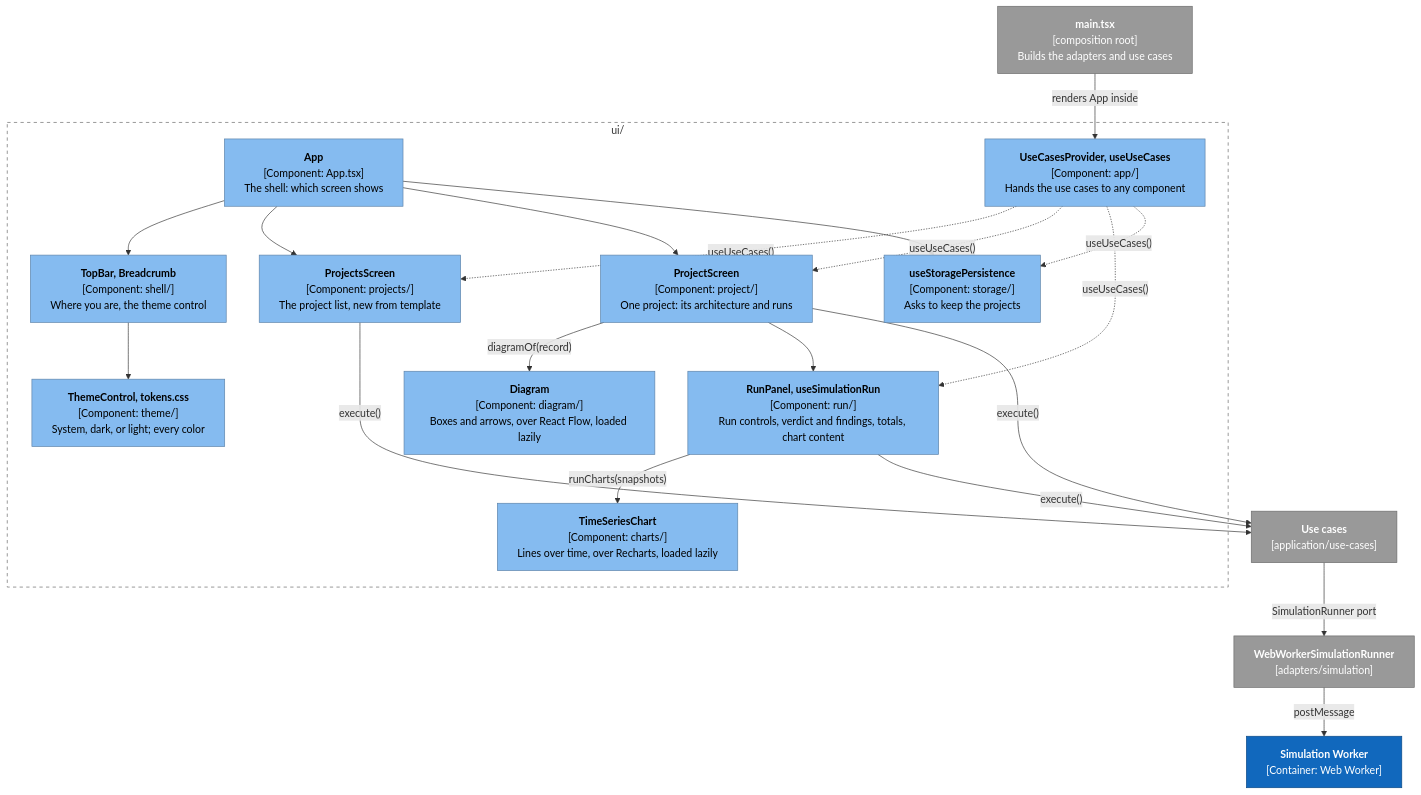
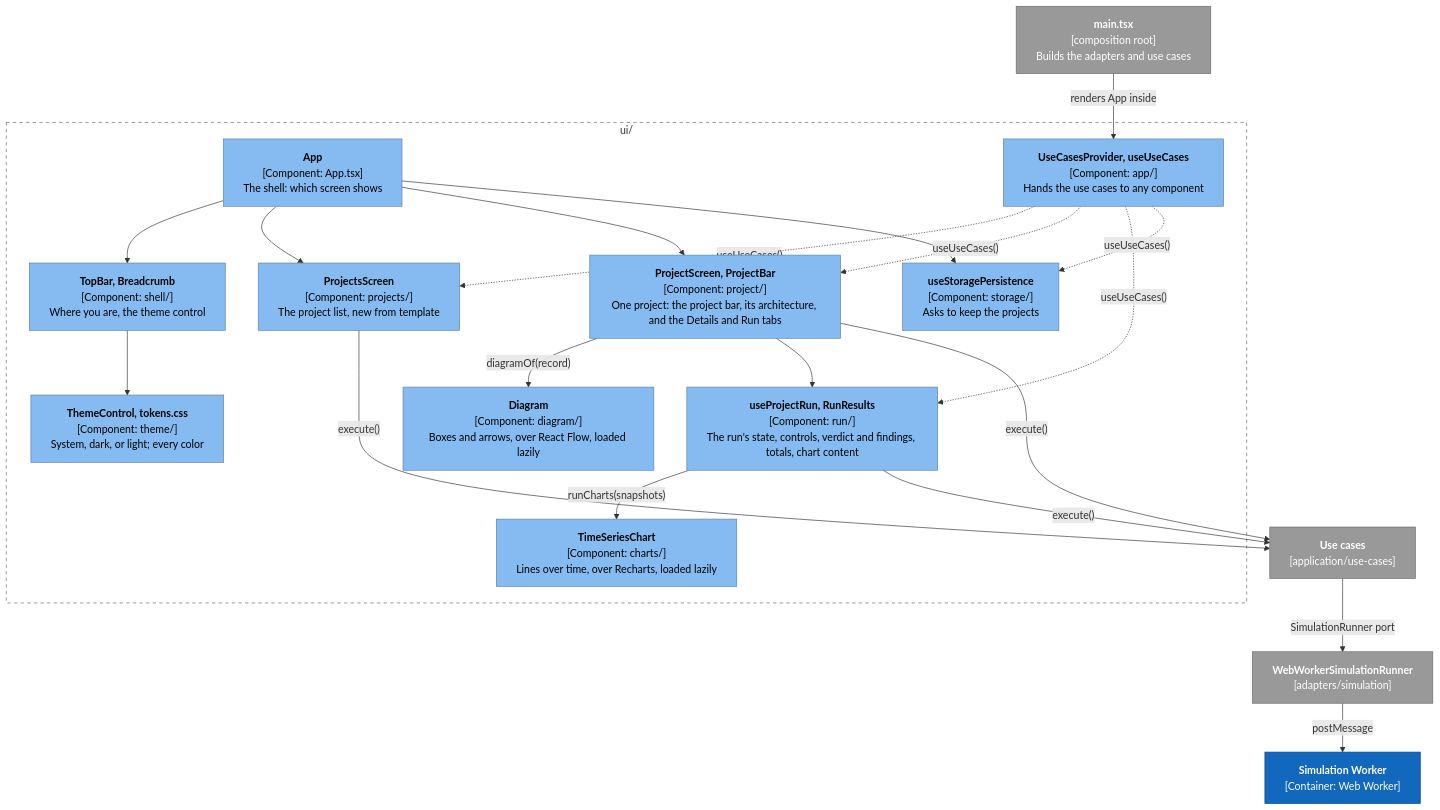
The first of 2 diagrams in docs/architecture/user-interface.md (alanbickel/wind-tunnel), drawn with Mermaid before and after one commit. The commit also changed other lines of this file and 30 other files, not shown here.

Commit message:
feat(ui): move the run controls into a project bar, with Details and Run tabs (#86)

````diff
--- a/docs/architecture/user-interface.md
+++ b/docs/architecture/user-interface.md
@@ -11,36 +11,36 @@
 ```mermaid
 %%{init: {"flowchart": {"wrappingWidth": 320}}}%%
 flowchart TB
     main["<b>main.tsx</b><br/>[composition root]<br/>Builds the adapters and use cases"]:::external
     subgraph ui["ui/"]
         app["<b>App</b><br/>[Component: App.tsx]<br/>The shell: which screen shows"]:::component
         shell["<b>TopBar, Breadcrumb</b><br/>[Component: shell/]<br/>Where you are, the theme control"]:::component
         provider["<b>UseCasesProvider, useUseCases</b><br/>[Component: app/]<br/>Hands the use cases to any component"]:::component
         projects["<b>ProjectsScreen</b><br/>[Component: projects/]<br/>The project list, new from template"]:::component
-        project["<b>ProjectScreen</b><br/>[Component: project/]<br/>One project: its architecture and runs"]:::component
-        run["<b>RunPanel, useSimulationRun</b><br/>[Component: run/]<br/>Run controls, verdict and findings, totals, chart content"]:::component
+        project["<b>ProjectScreen, ProjectBar</b><br/>[Component: project/]<br/>One project: the project bar, its architecture, and the Details and Run tabs"]:::component
+        run["<b>useProjectRun, RunResults</b><br/>[Component: run/]<br/>The run's state, controls, verdict and findings, totals, chart content"]:::component
         storage["<b>useStoragePersistence</b><br/>[Component: storage/]<br/>Asks to keep the projects"]:::component
         theme["<b>ThemeControl, tokens.css</b><br/>[Component: theme/]<br/>System, dark, or light; every color"]:::component
         diagram["<b>Diagram</b><br/>[Component: diagram/]<br/>Boxes and arrows, over React Flow, loaded lazily"]:::component
         charts["<b>TimeSeriesChart</b><br/>[Component: charts/]<br/>Lines over time, over Recharts, loaded lazily"]:::component
     end
     uc["<b>Use cases</b><br/>[application/use-cases]"]:::external
     runner["<b>WebWorkerSimulationRunner</b><br/>[adapters/simulation]"]:::external
     worker["<b>Simulation Worker</b><br/>[Container: Web Worker]"]:::system
     main -->|"renders App inside"| provider
     provider -.->|"useUseCases()"| projects & project & run & storage
     app --> shell & projects & project & storage
     shell --> theme
     project -->|"diagramOf(record)"| diagram
     project --> run
     run -->|"runCharts(snapshots)"| charts
     projects & project & run -->|"execute()"| uc
     uc -->|"SimulationRunner port"| runner
     runner -->|"postMessage"| worker
     style ui fill:none,stroke:#666,stroke-dasharray:5 5
     classDef person fill:#08427b,stroke:#052e56,color:#fff
     classDef system fill:#1168bd,stroke:#0b4884,color:#fff
     classDef component fill:#85bbf0,stroke:#5d82a8,color:#000
     classDef external fill:#999,stroke:#6b6b6b,color:#fff
     classDef planned fill:#fff,stroke:#1168bd,color:#1168bd,stroke-dasharray:5 5
 ```
````
